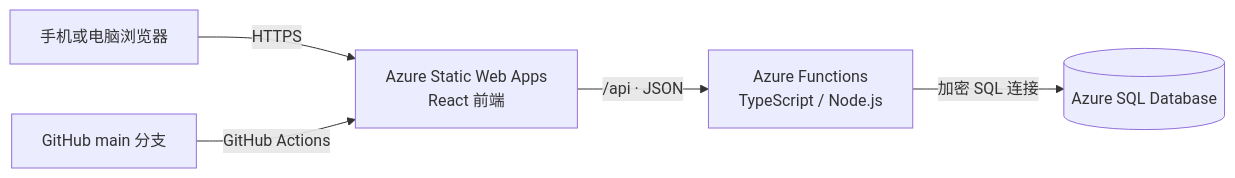
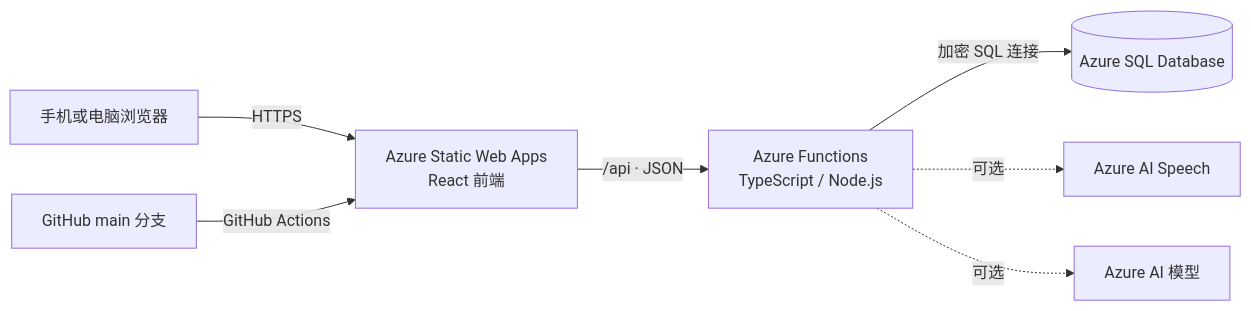
Before and after one commit to tintin-zheng/equipment-manager: the diagram in README.md, drawn with Mermaid. The commit also changed other lines of this file and 12 other files, not shown here.

````diff
--- a/README.md
+++ b/README.md
@@ -40,7 +41,9 @@
 ```mermaid
 flowchart LR
   A[手机或电脑浏览器] -->|HTTPS| B[Azure Static Web Apps<br/>React 前端]
   B -->|/api · JSON| C[Azure Functions<br/>TypeScript / Node.js]
   C -->|加密 SQL 连接| D[(Azure SQL Database)]
+  C -.可选.-> F[Azure AI Speech]
+  C -.可选.-> G[Azure AI 模型]
   E[GitHub main 分支] -->|GitHub Actions| B
 ```
````
